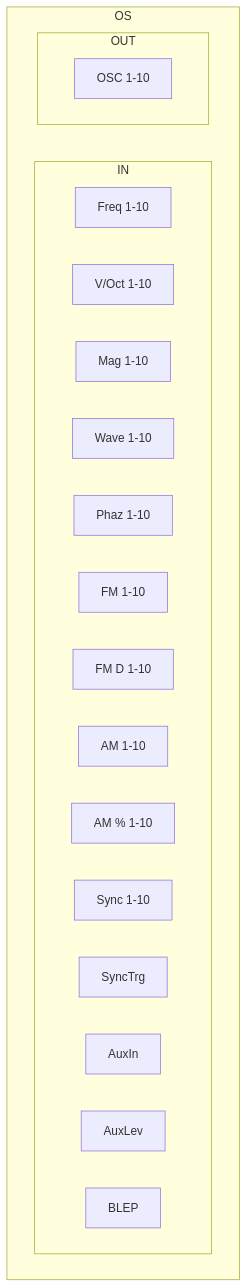
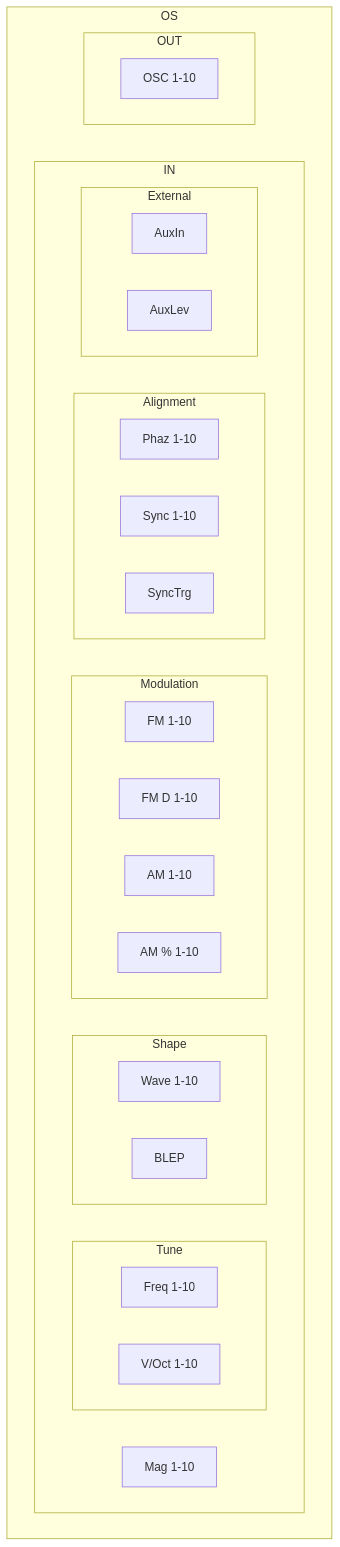
Diagram 11 of 30 in README.md (acumartini/dectet-public), drawn with Mermaid before and after one commit. The commit also changed other lines of this file, not shown here.

Commit message:
WIP: test markdown links in mermaid

````diff
--- a/README.md
+++ b/README.md
@@ -1080,26 +1113,41 @@
 ```mermaid
 flowchart TD
   subgraph OS
     subgraph OS_IN[IN]
       direction LR
-        OS_IN_Freq[Freq 1-10]
-        OS_IN_Voct[V/Oct 1-10]
+        subgraph OS_IN_Tune[Tune]
+          direction LR
+            OS_IN_Freq[Freq 1-10]
+            OS_IN_Voct[V/Oct 1-10]
+        end
+        subgraph OS_IN_Shape[Shape]
+          direction LR
+            OS_IN_Wave[Wave 1-10]
+            OS_IN_BLEP[BLEP]
+        end
+        subgraph OS_IN_Modulation[Modulation]
+          direction LR
+            OS_IN_FM[FM 1-10]
+            OS_IN_FMD[FM D 1-10]
+            OS_IN_AM[AM 1-10]
+            OS_IN_AMP[AM % 1-10]
+        end
+        subgraph OS_IN_Alignment[Alignment]
+          direction LR
+            OS_IN_Phaz[Phaz 1-10]
+            OS_IN_Sync[Sync 1-10]
+            OS_IN_SyncTrg[SyncTrg]
+        end
         OS_IN_Mag[Mag 1-10]
-        OS_IN_Wave[Wave 1-10]
-        OS_IN_Phaz[Phaz 1-10]
-        OS_IN_FM[FM 1-10]
-        OS_IN_FMD[FM D 1-10]
-        OS_IN_AM[AM 1-10]
-        OS_IN_AMP[AM % 1-10]
-        OS_IN_Sync[Sync 1-10]
-        OS_IN_SyncTrg[SyncTrg]
-        OS_IN_AuxIn[AuxIn]
-        OS_IN_AuxLev[AuxLev]
-        OS_IN_BLEP[BLEP]
+        subgraph OS_IN_AuxMix[External]
+          direction LR
+            OS_IN_AuxIn[AuxIn]
+            OS_IN_AuxLev[AuxLev]
+        end
     end
     subgraph OS_OUT[OUT]
       direction LR
         OS_OUT_OSC[OSC 1-10]
     end
   end
 ```
````
